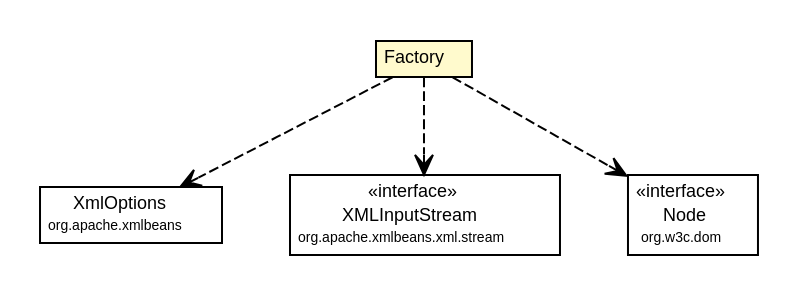
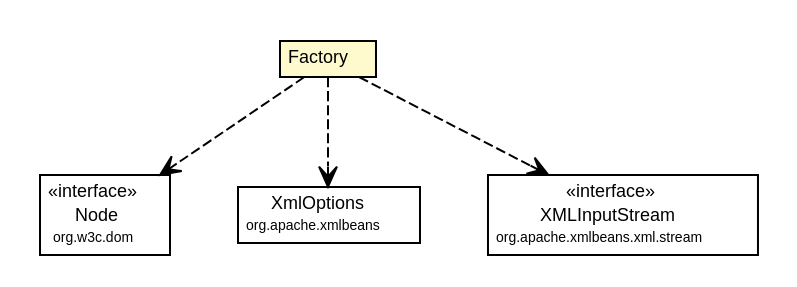
The diagram in site/apidocs/org/synchronoss/cpo/util/cpoUtilConfig/CtCpoUtilConfig.Factory.dot (synchronoss/cpo-util), drawn with Graphviz before and after one commit. The commit also changed 304 other files, not shown here.

Commit message:
Creating site for cpoUtil, 5.1.1-SNAPSHOT

```diff
--- a/site/apidocs/org/synchronoss/cpo/util/cpoUtilConfig/CtCpoUtilConfig.Factory.dot
+++ b/site/apidocs/org/synchronoss/cpo/util/cpoUtilConfig/CtCpoUtilConfig.Factory.dot
@@ -1,45 +1,45 @@
 #!/usr/local/bin/dot
 #
 # Class diagram 
 # Generated by UmlGraph version 4.6 (http://www.spinellis.gr/sw/umlgraph)
 #
 
 digraph G {
 	edge [fontname="Helvetica",fontsize=10,labelfontname="Helvetica",labelfontsize=10];
 	node [fontname="Helvetica",fontsize=10,shape=plaintext];
 	// org.synchronoss.cpo.util.cpoUtilConfig.CtCpoUtilConfig.Factory
 	c5143 [label=<<table border="0" cellborder="1" cellspacing="0" cellpadding="2" port="p" bgcolor="lemonChiffon" href="./CtCpoUtilConfig.Factory.html">
 		<tr><td><table border="0" cellspacing="0" cellpadding="1">
 			<tr><td> Factory </td></tr>
 		</table></td></tr>
 		</table>>, fontname="Helvetica", fontcolor="black", fontsize=9.0];
+	// org.synchronoss.cpo.util.cpoUtilConfig.CtCpoUtilConfig.Factory DEPEND org.w3c.dom.Node
+	c5143:p -> c5154:p [taillabel="", label="", headlabel="", fontname="Helvetica", fontcolor="black", fontsize=10.0, color="black", arrowhead=open, style=dashed];
 	// org.synchronoss.cpo.util.cpoUtilConfig.CtCpoUtilConfig.Factory DEPEND org.apache.xmlbeans.XmlOptions
-	c5143:p -> c5154:p [taillabel="", label="", headlabel="", fontname="Helvetica", fontcolor="black", fontsize=10.0, color="black", arrowhead=open, style=dashed];
+	c5143:p -> c5155:p [taillabel="", label="", headlabel="", fontname="Helvetica", fontcolor="black", fontsize=10.0, color="black", arrowhead=open, style=dashed];
 	// org.synchronoss.cpo.util.cpoUtilConfig.CtCpoUtilConfig.Factory DEPEND org.apache.xmlbeans.xml.stream.XMLInputStream
-	c5143:p -> c5155:p [taillabel="", label="", headlabel="", fontname="Helvetica", fontcolor="black", fontsize=10.0, color="black", arrowhead=open, style=dashed];
-	// org.synchronoss.cpo.util.cpoUtilConfig.CtCpoUtilConfig.Factory DEPEND org.w3c.dom.Node
 	c5143:p -> c5156:p [taillabel="", label="", headlabel="", fontname="Helvetica", fontcolor="black", fontsize=10.0, color="black", arrowhead=open, style=dashed];
 	// org.apache.xmlbeans.xml.stream.XMLInputStream
-	c5155 [label=<<table border="0" cellborder="1" cellspacing="0" cellpadding="2" port="p" href="http://java.sun.com/j2se/1.4.2/docs/api/org/apache/xmlbeans/xml/stream/XMLInputStream.html">
+	c5156 [label=<<table border="0" cellborder="1" cellspacing="0" cellpadding="2" port="p" href="http://java.sun.com/j2se/1.4.2/docs/api/org/apache/xmlbeans/xml/stream/XMLInputStream.html">
 		<tr><td><table border="0" cellspacing="0" cellpadding="1">
 			<tr><td> &laquo;interface&raquo; </td></tr>
 			<tr><td> XMLInputStream </td></tr>
 			<tr><td><font point-size="7.0"> org.apache.xmlbeans.xml.stream </font></td></tr>
 		</table></td></tr>
 		</table>>, fontname="Helvetica", fontcolor="black", fontsize=9.0];
 	// org.w3c.dom.Node
-	c5156 [label=<<table border="0" cellborder="1" cellspacing="0" cellpadding="2" port="p" href="http://java.sun.com/j2se/1.4.2/docs/api/org/w3c/dom/Node.html">
+	c5154 [label=<<table border="0" cellborder="1" cellspacing="0" cellpadding="2" port="p" href="http://java.sun.com/j2se/1.4.2/docs/api/org/w3c/dom/Node.html">
 		<tr><td><table border="0" cellspacing="0" cellpadding="1">
 			<tr><td> &laquo;interface&raquo; </td></tr>
 			<tr><td> Node </td></tr>
 			<tr><td><font point-size="7.0"> org.w3c.dom </font></td></tr>
 		</table></td></tr>
 		</table>>, fontname="Helvetica", fontcolor="black", fontsize=9.0];
 	// org.apache.xmlbeans.XmlOptions
-	c5154 [label=<<table border="0" cellborder="1" cellspacing="0" cellpadding="2" port="p" href="http://java.sun.com/j2se/1.4.2/docs/api/org/apache/xmlbeans/XmlOptions.html">
+	c5155 [label=<<table border="0" cellborder="1" cellspacing="0" cellpadding="2" port="p" href="http://java.sun.com/j2se/1.4.2/docs/api/org/apache/xmlbeans/XmlOptions.html">
 		<tr><td><table border="0" cellspacing="0" cellpadding="1">
 			<tr><td> XmlOptions </td></tr>
 			<tr><td><font point-size="7.0"> org.apache.xmlbeans </font></td></tr>
 		</table></td></tr>
 		</table>>, fontname="Helvetica", fontcolor="black", fontsize=9.0];
 }
```
